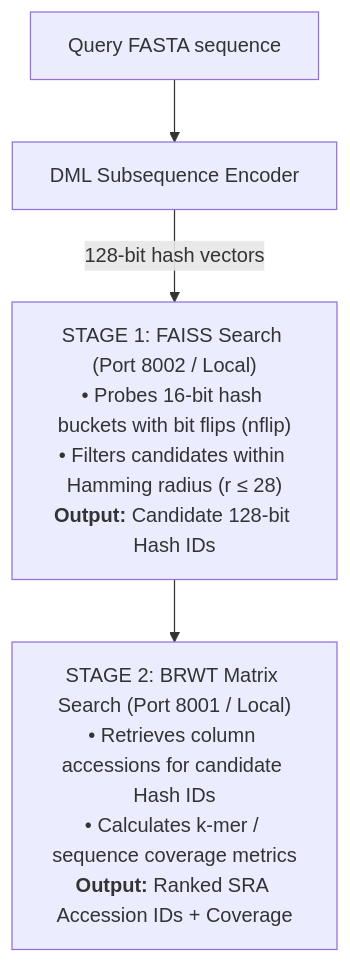
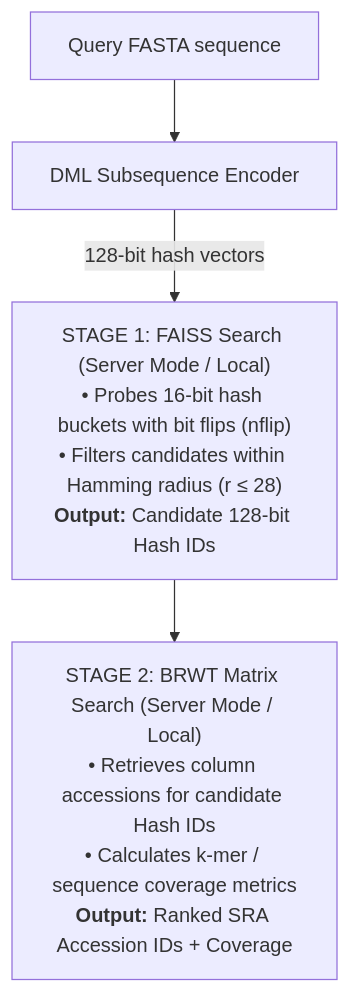
One commit to tracywong117/meshmetal.docs changed the diagram in query/index.md. Above: the diagram before and after it, drawn with Mermaid. The commit also changed other lines of this file and 7 other files, not shown here.

````diff
--- a/query/index.md
+++ b/query/index.md
@@ -7,6 +7,6 @@
 ```mermaid
 flowchart TD
-    A["Query FASTA sequence"] --> B["DML Subsequence Encoder"]
-    B -- "128-bit hash vectors" --> C["STAGE 1: FAISS Search (Port 8002 / Local)<br/>• Probes 16-bit hash buckets with bit flips (nflip)<br/>• Filters candidates within Hamming radius (r ≤ 28)<br/><b>Output:</b> Candidate 128-bit Hash IDs"]
-    C --> D["STAGE 2: BRWT Matrix Search (Port 8001 / Local)<br/>• Retrieves column accessions for candidate Hash IDs<br/>• Calculates k-mer / sequence coverage metrics<br/><b>Output:</b> Ranked SRA Accession IDs + Coverage"]
+    A["<div>Query FASTA sequence</div>"] --> B["<div>DML Subsequence Encoder</div>"]
+    B -- "128-bit hash vectors" --> C["<div>STAGE 1: FAISS Search (Server Mode / Local)<br/>• Probes 16-bit hash buckets with bit flips (nflip)<br/>• Filters candidates within Hamming radius (r ≤ 28)<br/><b>Output:</b> Candidate 128-bit Hash IDs</div>"]
+    C --> D["<div>STAGE 2: BRWT Matrix Search (Server Mode / Local)<br/>• Retrieves column accessions for candidate Hash IDs<br/>• Calculates k-mer / sequence coverage metrics<br/><b>Output:</b> Ranked SRA Accession IDs + Coverage</div>"]
 ```
````
